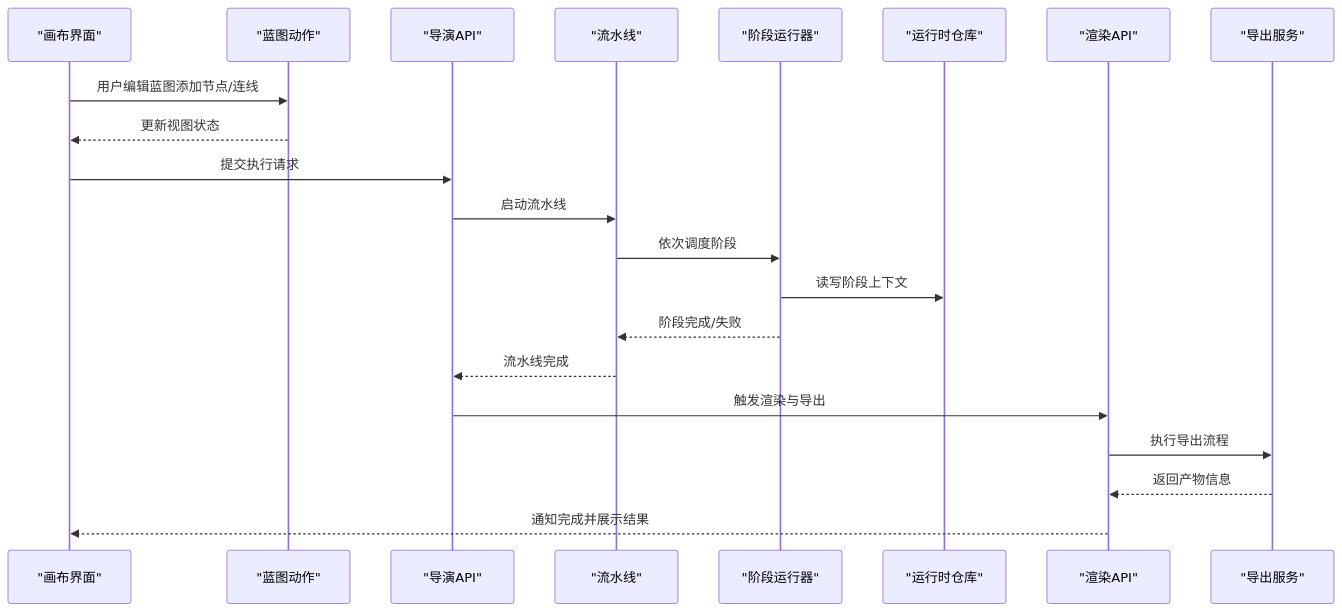
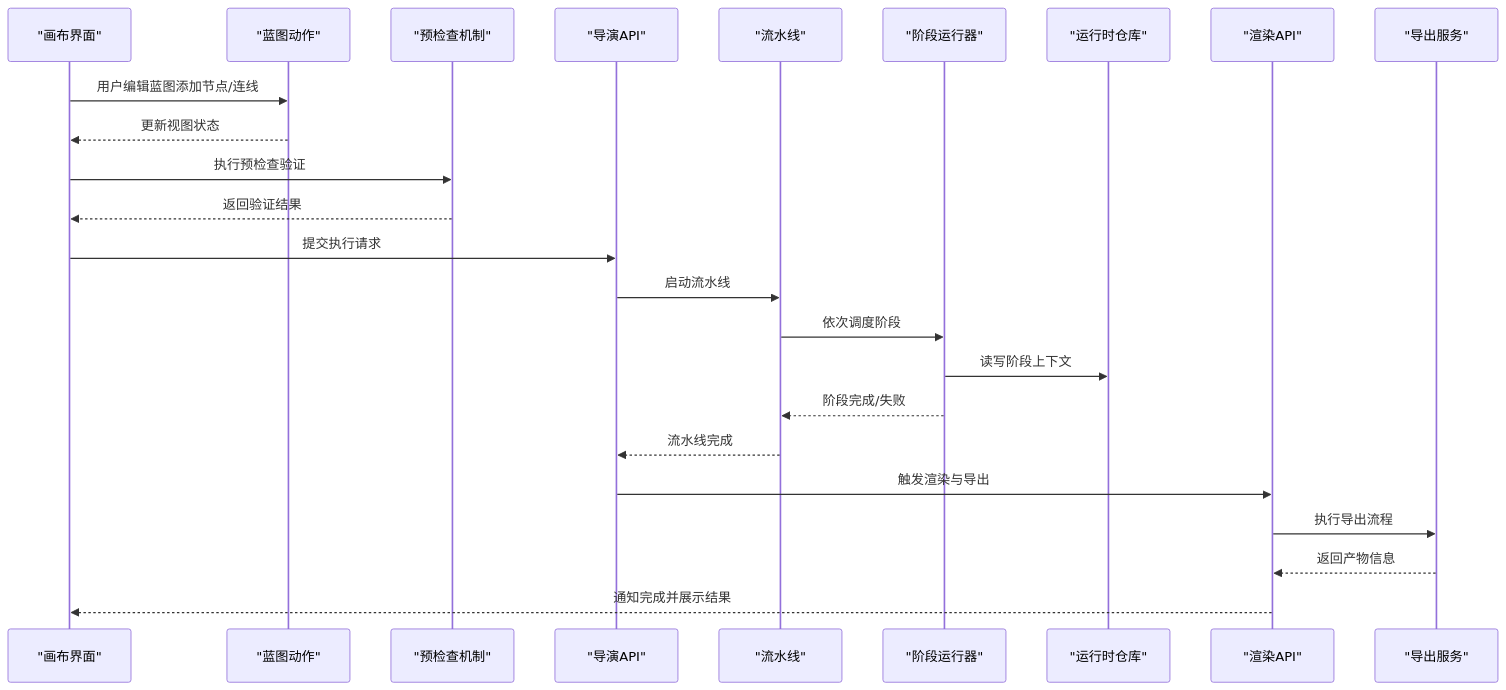
One commit to AIMFllyYS/code-video-canvas changed the second of 8 diagrams in .qoder/repowiki/zh/content/架构设计/重构蓝图系统/重构蓝图系统.md. Above: the diagram before and after it, drawn with Mermaid. The commit also changed other lines of this file and 44 other files, not shown here.

````diff
--- a/.qoder/repowiki/zh/content/架构设计/重构蓝图系统/重构蓝图系统.md
+++ b/.qoder/repowiki/zh/content/架构设计/重构蓝图系统/重构蓝图系统.md
@@ -180,23 +180,26 @@
 ```mermaid
 sequenceDiagram
 participant UI as "画布界面"
 participant Actions as "蓝图动作"
+participant Preflight as "预检查机制"
 participant DirectorAPI as "导演API"
 participant Pipeline as "流水线"
 participant StageRunner as "阶段运行器"
 participant RuntimeRepo as "运行时仓库"
 participant RenderAPI as "渲染API"
 participant ExportService as "导出服务"
 UI->>Actions : 用户编辑蓝图添加节点/连线
 Actions-->>UI : 更新视图状态
+UI->>Preflight : 执行预检查验证
+Preflight-->>UI : 返回验证结果
 UI->>DirectorAPI : 提交执行请求
 DirectorAPI->>Pipeline : 启动流水线
 Pipeline->>StageRunner : 依次调度阶段
 StageRunner->>RuntimeRepo : 读写阶段上下文
 StageRunner-->>Pipeline : 阶段完成/失败
 Pipeline-->>DirectorAPI : 流水线完成
 DirectorAPI->>RenderAPI : 触发渲染与导出
 RenderAPI->>ExportService : 执行导出流程
 ExportService-->>RenderAPI : 返回产物信息
 RenderAPI-->>UI : 通知完成并展示结果
 ```
````
